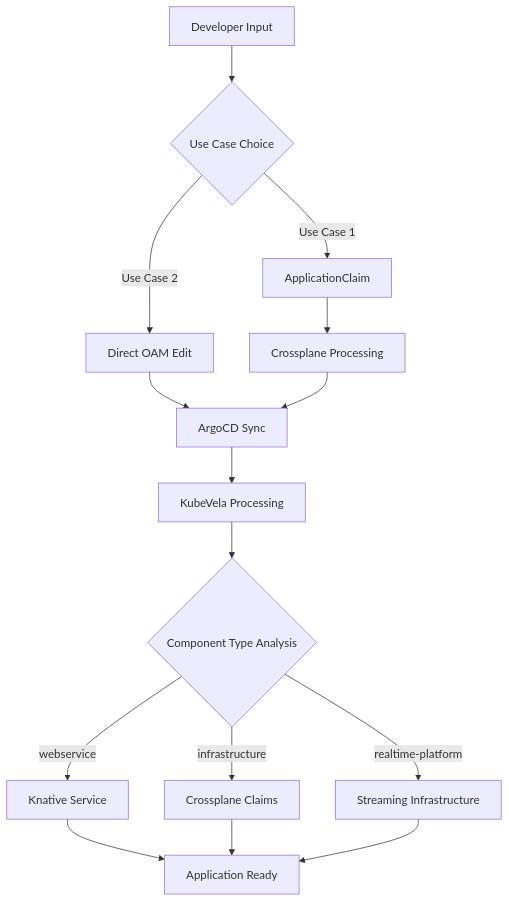
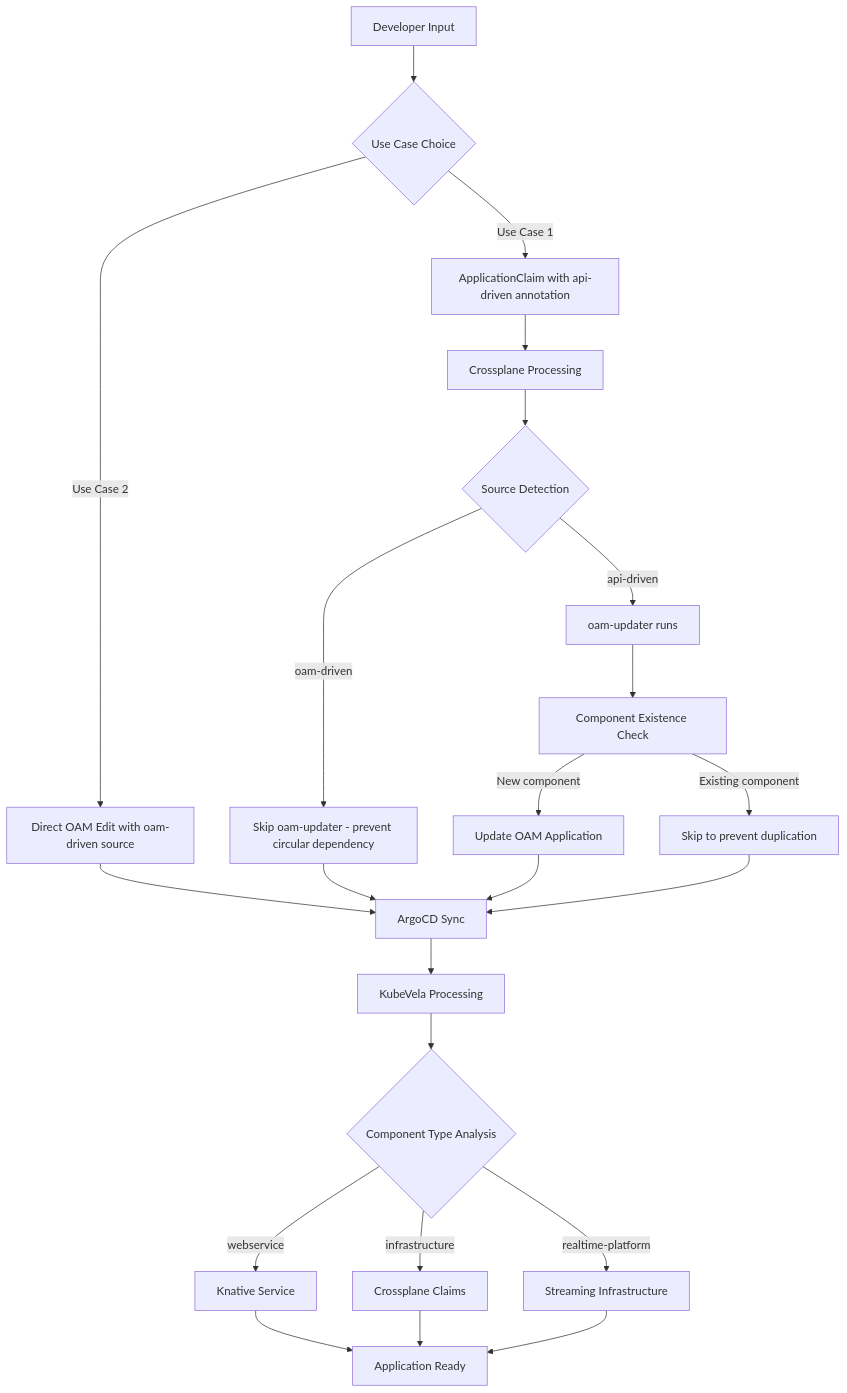
The diagram in README.md (shlapolosa/health-service-idp), drawn with Mermaid before and after one commit. The commit also changed other lines of this file and 35 other files, not shown here.

````diff
--- a/README.md
+++ b/README.md
@@ -146,17 +151,25 @@
 ```mermaid
 graph TD
     A[Developer Input] --> B{Use Case Choice}
-    B -->|Use Case 1| C[ApplicationClaim]
-    B -->|Use Case 2| D[Direct OAM Edit]
+    B -->|Use Case 1| C[ApplicationClaim with api-driven annotation]
+    B -->|Use Case 2| D[Direct OAM Edit with oam-driven source]
     C --> E[Crossplane Processing]
     D --> F[ArgoCD Sync]
-    E --> F
-    F --> G[KubeVela Processing]
-    G --> H{Component Type Analysis}
-    H -->|webservice| I[Knative Service]
-    H -->|infrastructure| J[Crossplane Claims]
-    H -->|realtime-platform| K[Streaming Infrastructure]
-    I --> L[Application Ready]
-    J --> L
-    K --> L
+    E --> G{Source Detection}
+    G -->|api-driven| H[oam-updater runs]
+    G -->|oam-driven| I[Skip oam-updater - prevent circular dependency]
+    H --> J[Component Existence Check]
+    J -->|New component| K[Update OAM Application]
+    J -->|Existing component| L[Skip to prevent duplication]
+    I --> F
+    K --> F
+    L --> F
+    F --> M[KubeVela Processing]
+    M --> N{Component Type Analysis}
+    N -->|webservice| O[Knative Service]
+    N -->|infrastructure| P[Crossplane Claims]
+    N -->|realtime-platform| Q[Streaming Infrastructure]
+    O --> R[Application Ready]
+    P --> R
+    Q --> R
 ```
````
